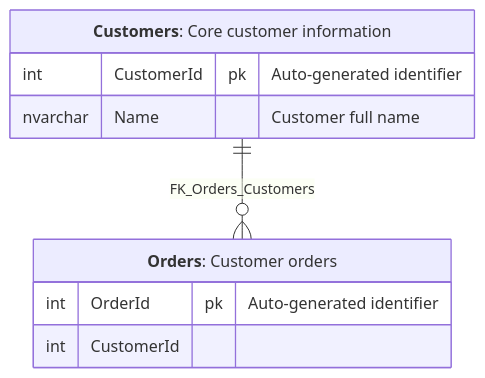
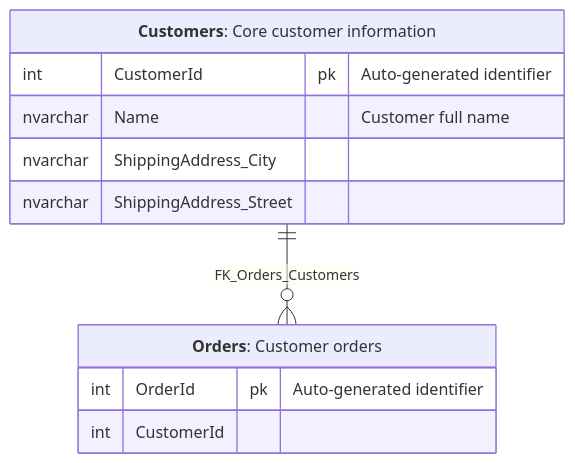
The diagram in src/EfToMermaid.Tests/Tests.WithComments.verified.md (SimonCropp/DbToMermaid), drawn with Mermaid before and after one commit. The commit also changed 5 other files, not shown here.

````diff
--- a/src/EfToMermaid.Tests/Tests.WithComments.verified.md
+++ b/src/EfToMermaid.Tests/Tests.WithComments.verified.md
@@ -2,12 +2,14 @@
 ```mermaid
 erDiagram
   Customers["**Customers**: Core customer information"] {
     int CustomerId pk "Auto-generated identifier"
     nvarchar Name "Customer full name"
+    nvarchar ShippingAddress_City
+    nvarchar ShippingAddress_Street
   }
   Orders["**Orders**: Customer orders"] {
     int OrderId pk "Auto-generated identifier"
     int CustomerId
   }
   Customers ||--o{ Orders : "FK_Orders_Customers"
 ```
````
